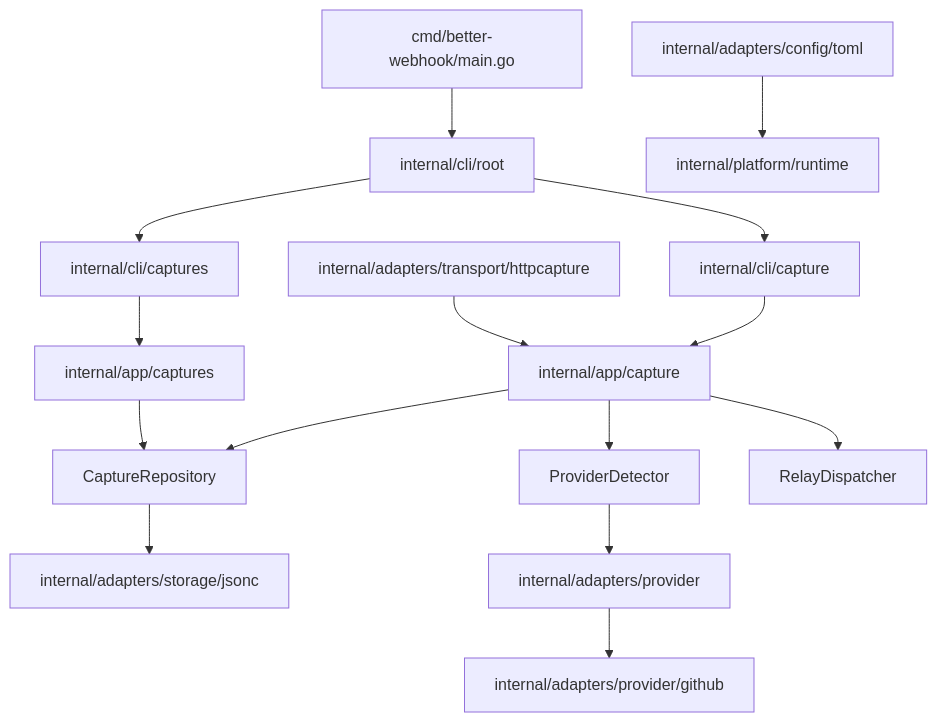
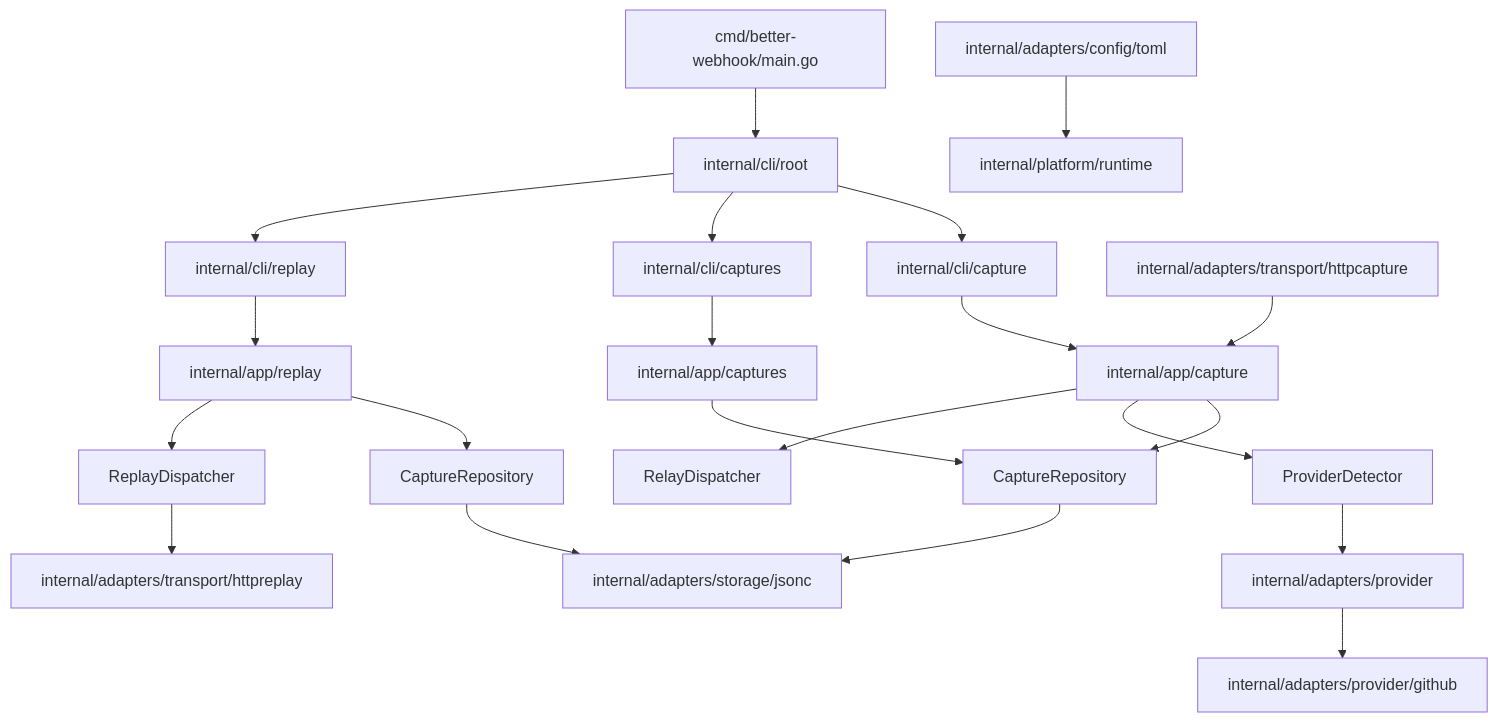
The diagram in apps/webhook-cli-go/ARCHITECTURE.md (endalk200/better-webhook), drawn with Mermaid before and after one commit. The commit also changed other lines of this file and 15 other files, not shown here.

Commit message:
feat: implement replay functionality in webhook CLI, allowing users to replay captured webhooks with enhanced error handling and support for method and header overrides; add comprehensive tests for replay service and CLI command integration

````diff
--- a/apps/webhook-cli-go/ARCHITECTURE.md
+++ b/apps/webhook-cli-go/ARCHITECTURE.md
@@ -31,21 +31,27 @@
 ```mermaid
 flowchart TD
   mainCmd[cmd/better-webhook/main.go] --> cliRoot[internal/cli/root]
   cliRoot --> cliCapture[internal/cli/capture]
   cliRoot --> cliCaptures[internal/cli/captures]
+  cliRoot --> cliReplay[internal/cli/replay]
 
   cliCapture --> appCapture[internal/app/capture]
   cliCaptures --> appCaptures[internal/app/captures]
+  cliReplay --> appReplay[internal/app/replay]
 
   appCapture --> repoPort[CaptureRepository]
   appCapture --> detectorPort[ProviderDetector]
   appCapture --> relayPort[RelayDispatcher]
   appCaptures --> repoPort
+  appReplay --> replayRepoPort[CaptureRepository]
+  appReplay --> replayDispatchPort[ReplayDispatcher]
 
   repoPort --> jsoncStore[internal/adapters/storage/jsonc]
+  replayRepoPort --> jsoncStore
   detectorPort --> providerRegistry[internal/adapters/provider]
   providerRegistry --> githubDetector[internal/adapters/provider/github]
+  replayDispatchPort --> replayTransport[internal/adapters/transport/httpreplay]
 
   httpTransport[internal/adapters/transport/httpcapture] --> appCapture
   configAdapter[internal/adapters/config/toml] --> runtimePlatform[internal/platform/runtime]
 ```
````
